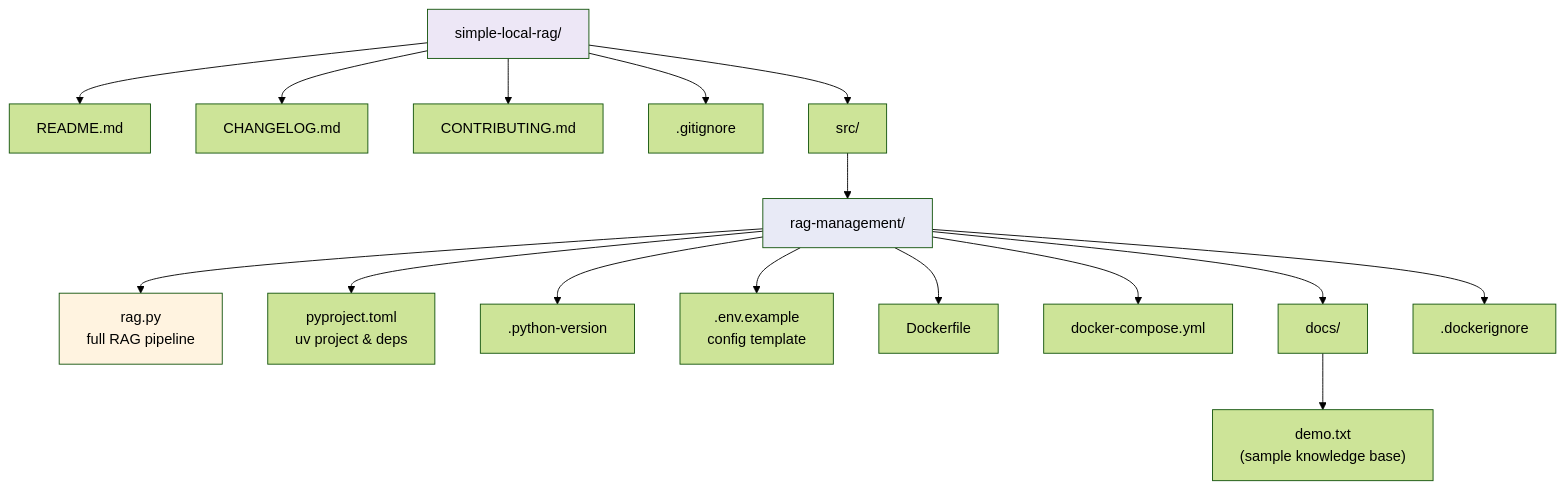
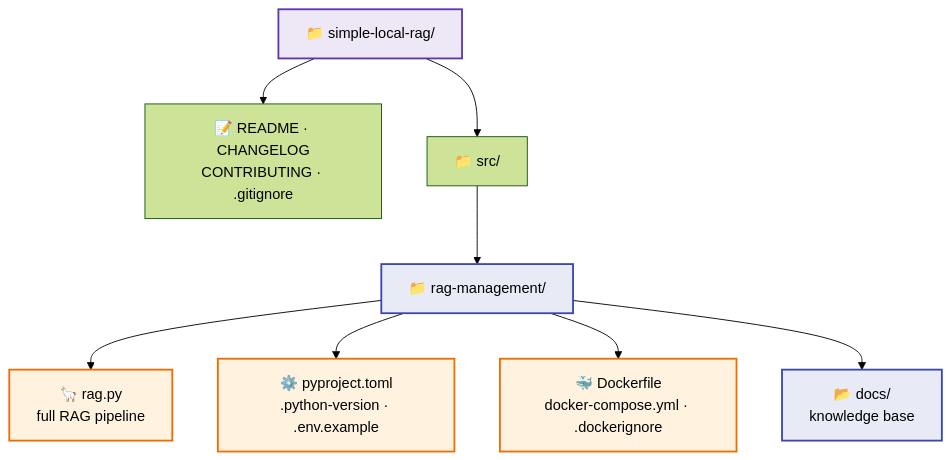
One commit to farinaleo/simple-local-rag changed the third of 3 diagrams in README.md. Above: the diagram before and after it, drawn with Mermaid (forest theme). The commit also changed other lines of this file and 1 other file, not shown here.

Commit message:
💄(docs) modernize readme with badges, tables and styled diagrams

````diff
--- a/README.md
+++ b/README.md
@@ -79,22 +123,17 @@
 ```mermaid
 flowchart TD
-    ROOT["simple-local-rag/"] --> R["README.md"]
-    ROOT --> C["CHANGELOG.md"]
-    ROOT --> CT["CONTRIBUTING.md"]
-    ROOT --> GI[".gitignore"]
-    ROOT --> SRC["src/"]
-    SRC --> RM["rag-management/"]
-    RM --> RAG["rag.py<br/>full RAG pipeline"]
-    RM --> PY["pyproject.toml<br/>uv project & deps"]
-    RM --> PV[".python-version"]
-    RM --> ENVX[".env.example<br/>config template"]
-    RM --> DK["Dockerfile"]
-    RM --> DC["docker-compose.yml"]
-    RM --> DOCS["docs/"]
-    DOCS --> DEMO["demo.txt<br/>(sample knowledge base)"]
-    RM --> IG[".dockerignore"]
+    ROOT["📁 simple-local-rag/"] --> META["📝 README · CHANGELOG<br/>CONTRIBUTING · .gitignore"]
+    ROOT --> SRC["📁 src/"]
+    SRC --> RM["📁 rag-management/"]
+    RM --> CORE["🦙 rag.py<br/>full RAG pipeline"]
+    RM --> UVCFG["⚙️ pyproject.toml<br/>.python-version · .env.example"]
+    RM --> DOCKER["🐳 Dockerfile<br/>docker-compose.yml · .dockerignore"]
+    RM --> DATA["📂 docs/<br/>knowledge base"]
 
-    style ROOT fill:#ede7f6
-    style RM fill:#e8eaf6
-    style RAG fill:#fff3e0
+    classDef root fill:#ede7f6,stroke:#5e35b1,stroke-width:2px
+    classDef pkg fill:#e8eaf6,stroke:#3949ab,stroke-width:2px
+    classDef core fill:#fff3e0,stroke:#ef6c00,stroke-width:2px
+    class ROOT root
+    class RM,DATA pkg
+    class CORE,DOCKER,UVCFG core
 ```
````
